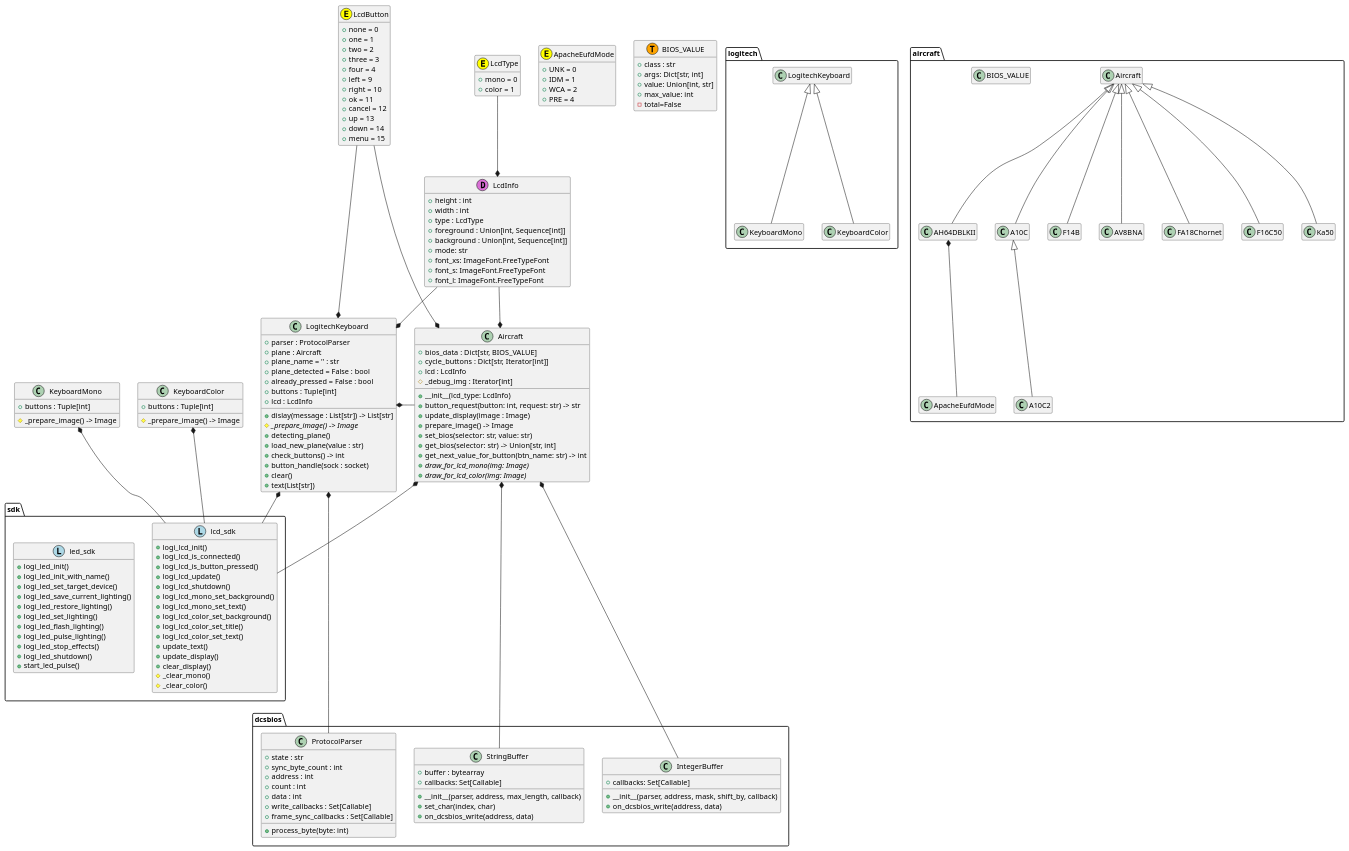
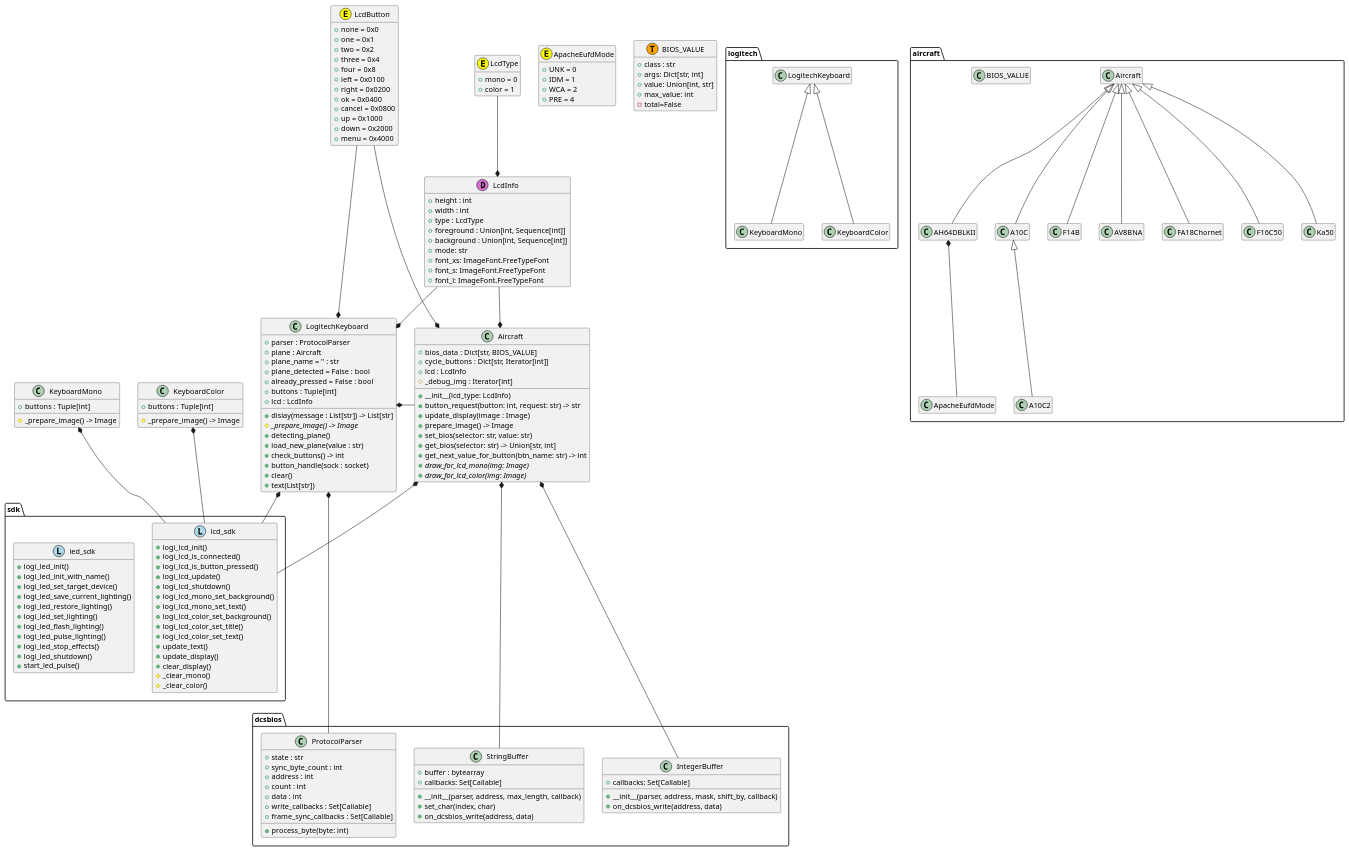
The diagram in uml/classes.puml (emcek/dcspy), drawn with PlantUML before and after one commit.

Commit message:
update UML

```diff
--- a/uml/classes.puml
+++ b/uml/classes.puml
@@ -1,190 +1,190 @@
 @startuml
 hide empty members
 
 package dcsbios {
     class ProtocolParser {
         + state : str
         + sync_byte_count : int
         + address : int
         + count : int
         + data : int
         + write_callbacks : Set[Callable]
         + frame_sync_callbacks : Set[Callable]
         + process_byte(byte: int)
     }
 
     class StringBuffer {
         + buffer : bytearray
         + callbacks: Set[Callable]
         + __init__(parser, address, max_length, callback)
         + set_char(index, char)
         + on_dcsbios_write(address, data)
     }
 
     class IntegerBuffer {
         + callbacks: Set[Callable]
         + __init__(parser, address, mask, shift_by, callback)
         + on_dcsbios_write(address, data)
     }
 }
 
 package logitech {
     LogitechKeyboard <|-- KeyboardMono
     LogitechKeyboard <|-- KeyboardColor
 }
 
 class LogitechKeyboard {
     + parser : ProtocolParser
     + plane : Aircraft
     + plane_name = '' : str
     + plane_detected = False : bool
     + already_pressed = False : bool
     + buttons : Tuple[int]
     + lcd : LcdInfo
     + dislay(message : List[str]) -> List[str]
     # {abstract} _prepare_image() -> Image
     + detecting_plane()
     + load_new_plane(value : str)
     + check_buttons() -> int
     + button_handle(sock : socket)
     + clear()
     + text(List[str])
 }
 
 class KeyboardMono {
     + buttons : Tuple[int]
     # _prepare_image() -> Image
 }
 
 class KeyboardColor {
     + buttons : Tuple[int]
     # _prepare_image() -> Image
 }
 
 package aircraft {
   Aircraft <|-- FA18Chornet
   Aircraft <|-- F16C50
   Aircraft <|-- Ka50
   Aircraft <|-- AH64DBLKII
   Aircraft <|-- A10C
   A10C <|-- A10C2
   Aircraft <|-- F14B
   Aircraft <|-- AV8BNA
   class BIOS_VALUE
   AH64DBLKII *-- ApacheEufdMode
 }
 
 class Aircraft {
     + bios_data : Dict[str, BIOS_VALUE]
     + cycle_buttons : Dict[str, Iterator[int]]
     + lcd : LcdInfo
     # _debug_img : Iterator[int]
     + __init__(lcd_type: LcdInfo)
     + button_request(button: int, request: str) -> str
     + update_display(image : Image)
     + prepare_image() -> Image
     + set_bios(selector: str, value: str)
     + get_bios(selector: str) -> Union[str, int]
     + get_next_value_for_button(btn_name: str) -> int
     + {abstract} draw_for_lcd_mono(img: Image)
     + {abstract} draw_for_lcd_color(img: Image)
 }
 
 class ApacheEufdMode <<(E,yellow)>> {
     + UNK = 0
     + IDM = 1
     + WCA = 2
     + PRE = 4
 }
 
 class BIOS_VALUE <<(T,orange)>> {
     + class : str
     + args: Dict[str, int]
     + value: Union[int, str]
     + max_value: int
     - total=False
 }
 
 class LcdInfo <<(D,orchid)>> {
     + height : int
     + width : int
     + type : LcdType
     + foreground : Union[int, Sequence[int]]
     + background : Union[int, Sequence[int]]
     + mode: str
     + font_xs: ImageFont.FreeTypeFont
     + font_s: ImageFont.FreeTypeFont
     + font_l: ImageFont.FreeTypeFont
 }
 
 class LcdType <<(E,yellow)>> {
     + mono = 0
     + color = 1
 }
 
 class LcdButton <<(E,yellow)>> {
-    + none = 0
-    + one = 1
-    + two = 2
-    + three = 3
-    + four = 4
-    + left = 9
-    + right = 10
-    + ok = 11
-    + cancel = 12
-    + up = 13
-    + down = 14
-    + menu = 15
+    + none = 0x0
+    + one = 0x1
+    + two = 0x2
+    + three = 0x4
+    + four = 0x8
+    + left = 0x0100
+    + right = 0x0200
+    + ok = 0x0400
+    + cancel = 0x0800
+    + up = 0x1000
+    + down = 0x2000
+    + menu = 0x4000
 }
 
 
 LcdType --* LcdInfo
 LcdButton ---* LogitechKeyboard
 LcdButton ---* Aircraft
 
 package sdk{
     class lcd_sdk <<(L,lightblue)>> {
         + logi_lcd_init()
         + logi_lcd_is_connected()
         + logi_lcd_is_button_pressed()
         + logi_lcd_update()
         + logi_lcd_shutdown()
         + logi_lcd_mono_set_background()
         + logi_lcd_mono_set_text()
         + logi_lcd_color_set_background()
         + logi_lcd_color_set_title()
         + logi_lcd_color_set_text()
         + update_text()
         + update_display()
         + clear_display()
         # _clear_mono()
         # _clear_color()
     }
     class led_sdk <<(L,lightblue)>> {
         + logi_led_init()
         + logi_led_init_with_name()
         + logi_led_set_target_device()
         + logi_led_save_current_lighting()
         + logi_led_restore_lighting()
         + logi_led_set_lighting()
         + logi_led_flash_lighting()
         + logi_led_pulse_lighting()
         + logi_led_stop_effects()
         + logi_led_shutdown()
         + start_led_pulse()
     }
 }
 
 LogitechKeyboard *- Aircraft
 LcdInfo -* LogitechKeyboard
 LogitechKeyboard *--- ProtocolParser
 LogitechKeyboard *-- lcd_sdk
 
 KeyboardMono *-- lcd_sdk
 KeyboardColor *-- lcd_sdk
 
 LcdInfo --* Aircraft
 Aircraft *-- StringBuffer
 Aircraft *-- IntegerBuffer
 Aircraft *-- lcd_sdk
 @enduml
```
